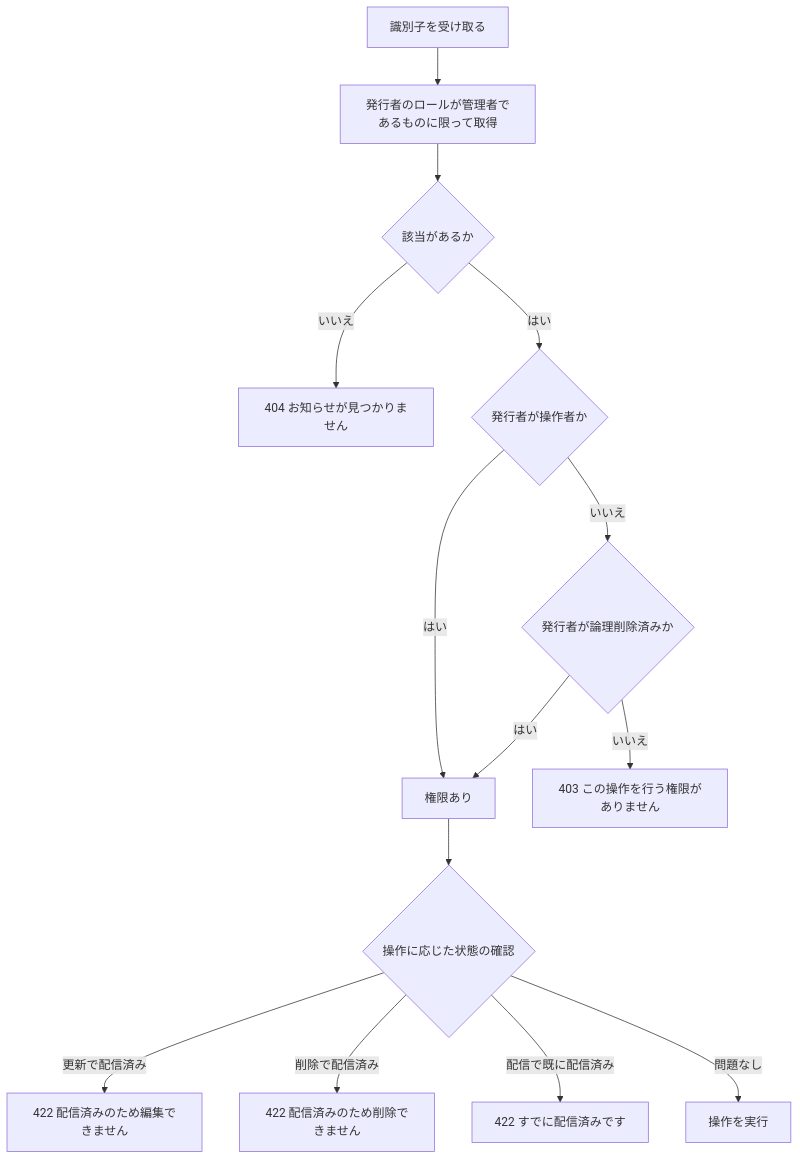
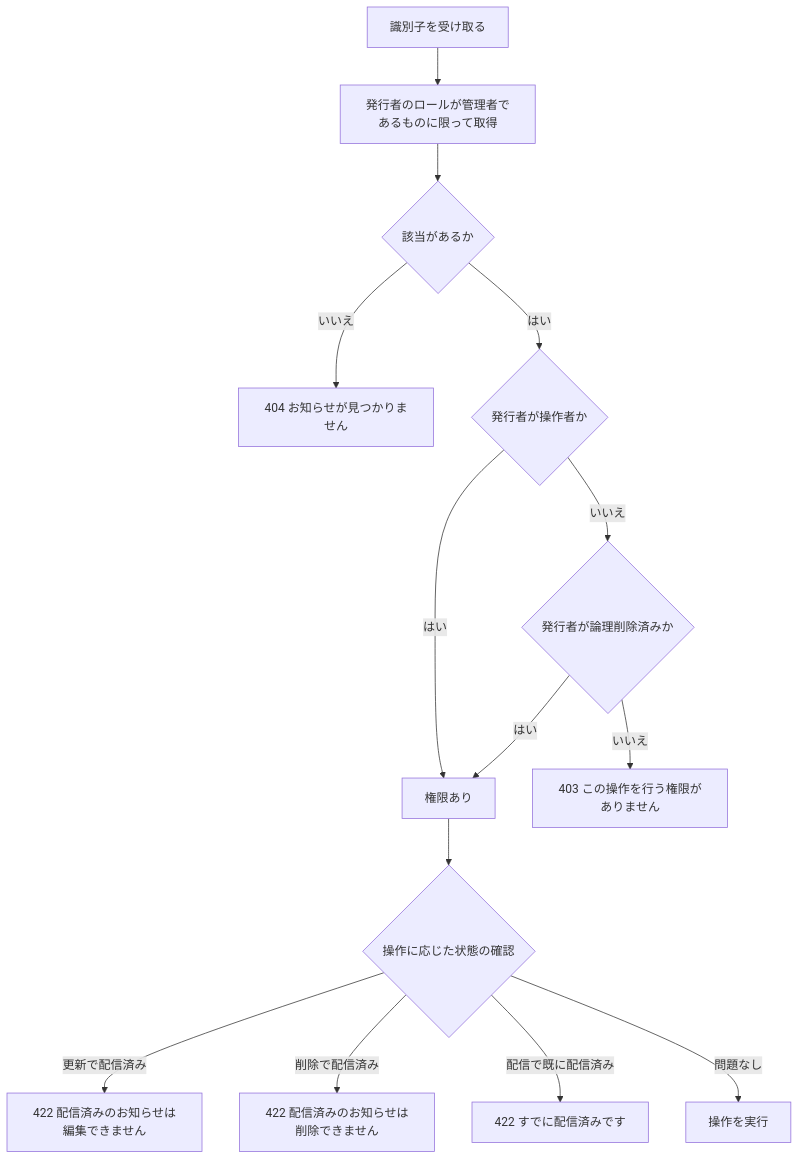
Before and after one commit to yuta20253/edu-platform-go-design: the sixth of 7 diagrams in 計画書/GO移行・設計仕様書/管理者お知らせ管理機能_Go移行・設計仕様書.md, drawn with Mermaid. The commit also changed other lines of this file and 71 other files, not shown here.

````diff
--- a/計画書/GO移行・設計仕様書/管理者お知らせ管理機能_Go移行・設計仕様書.md
+++ b/計画書/GO移行・設計仕様書/管理者お知らせ管理機能_Go移行・設計仕様書.md
@@ -605,16 +604,16 @@
 ```mermaid
 flowchart TD
     S[識別子を受け取る] --> F[発行者のロールが管理者であるものに限って取得]
     F --> E{該当があるか}
     E -- いいえ --> NF[404 お知らせが見つかりません]
     E -- はい --> P1{発行者が操作者か}
     P1 -- はい --> OK[権限あり]
     P1 -- いいえ --> P2{発行者が論理削除済みか}
     P2 -- はい --> OK
     P2 -- いいえ --> FB[403 この操作を行う権限がありません]
     OK --> ST{操作に応じた状態の確認}
-    ST -- 更新で配信済み --> E422a[422 配信済みのため編集できません]
-    ST -- 削除で配信済み --> E422b[422 配信済みのため削除できません]
+    ST -- 更新で配信済み --> E422a[422 配信済みのお知らせは編集できません]
+    ST -- 削除で配信済み --> E422b[422 配信済みのお知らせは削除できません]
     ST -- 配信で既に配信済み --> E422c[422 すでに配信済みです]
     ST -- 問題なし --> DO[操作を実行]
 ```
````
